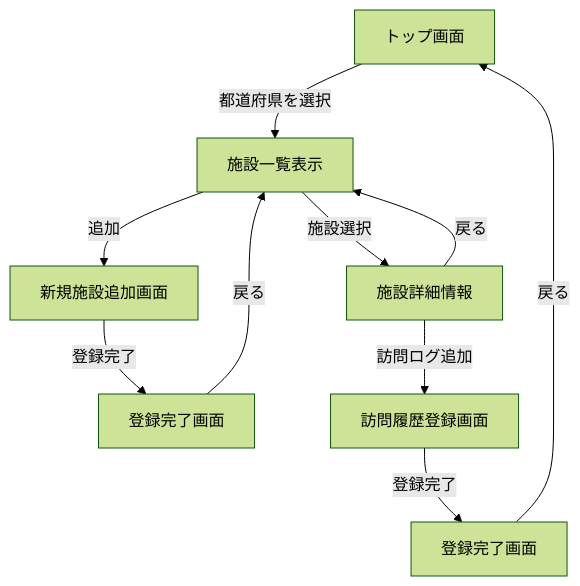
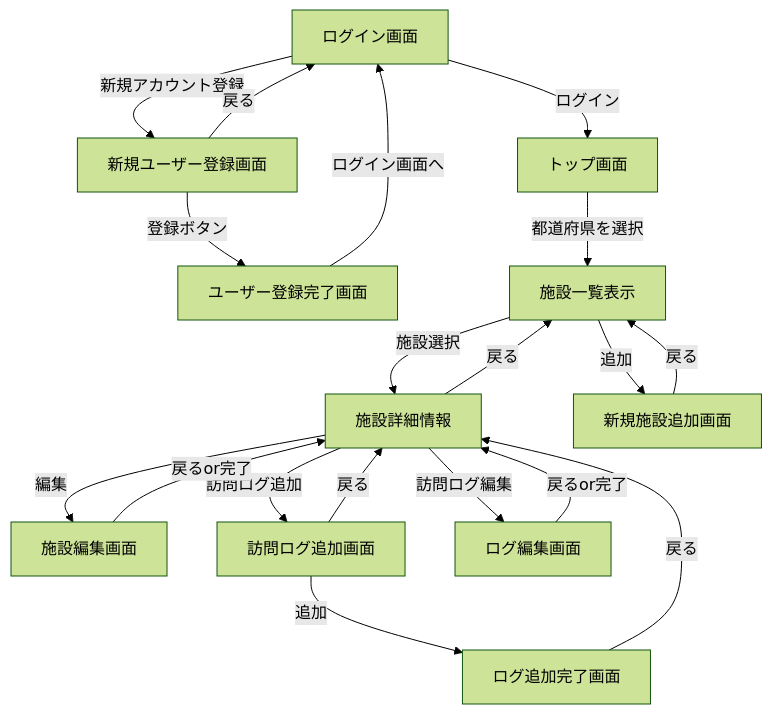
The diagram in docs/transition-diagram.md (Seeeeego/sauna_app), drawn with Mermaid (forest theme) before and after one commit. The commit also changed 4 other files, not shown here.

````diff
--- a/docs/transition-diagram.md
+++ b/docs/transition-diagram.md
@@ -1,12 +1,21 @@
 ```mermaid
 graph TD
-    A[トップ画面] -->|都道府県を選択| B[施設一覧表示]
-    B -->|追加| C[新規施設追加画面]
-    B --> |施設選択| D[施設詳細情報]
-    D --> |戻る| B
-    C --> |登録完了| E[登録完了画面]
-    D --> |訪問ログ追加| F[訪問履歴登録画面]
-    F --> |登録完了| G[登録完了画面]
-    G --> |戻る| A
-    E --> |戻る| B
+    A[ログイン画面] --> |ログイン| B[トップ画面]
+    A --> |新規アカウント登録| C[新規ユーザー登録画面]
+    C --> |戻る| A
+    C --> |登録ボタン| D[ユーザー登録完了画面]
+    D --> |ログイン画面へ| A
+    B --> |都道府県を選択| E[施設一覧表示]
+    E --> |施設選択| F[施設詳細情報]
+    E --> |追加| G[新規施設追加画面]
+    F --> |戻る| E
+    G --> |戻る| E
+    F --> |編集| H[施設編集画面]
+    F --> |訪問ログ追加| I[訪問ログ追加画面]
+    F --> |訪問ログ編集| J[ログ編集画面]
+    H --> |戻るor完了| F
+    I --> |追加| K[ログ追加完了画面]
+    I --> |戻る| F
+    J --> |戻るor完了| F
+    K --> |戻る| F
 ```
````
